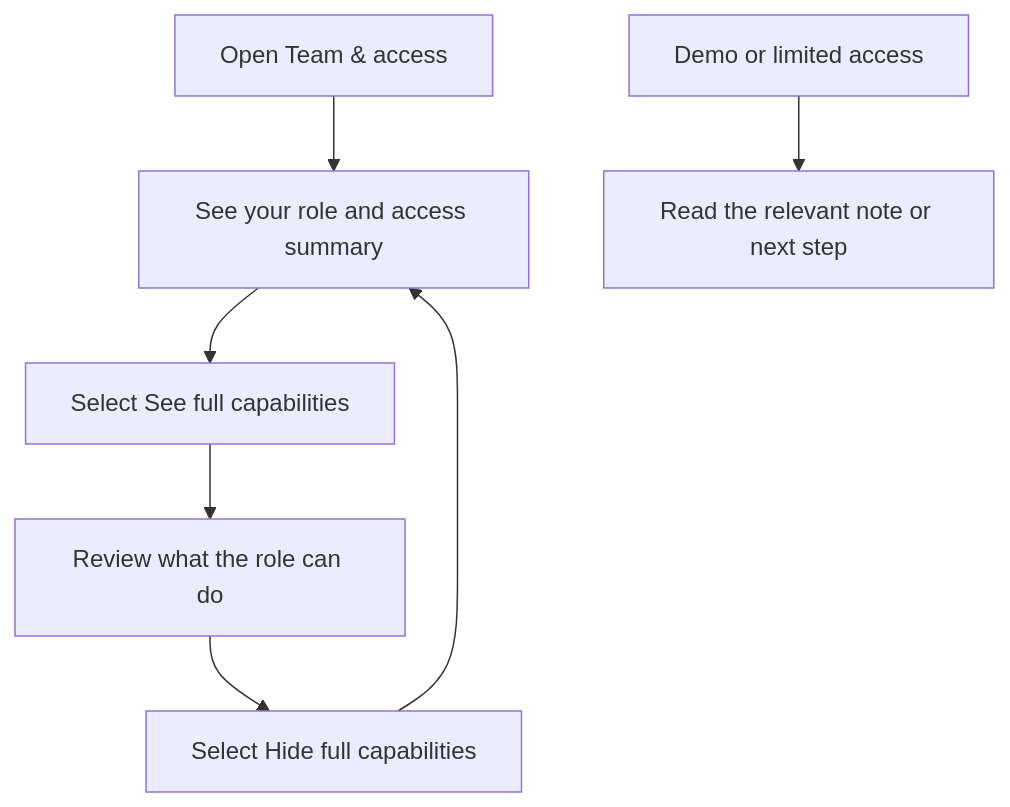
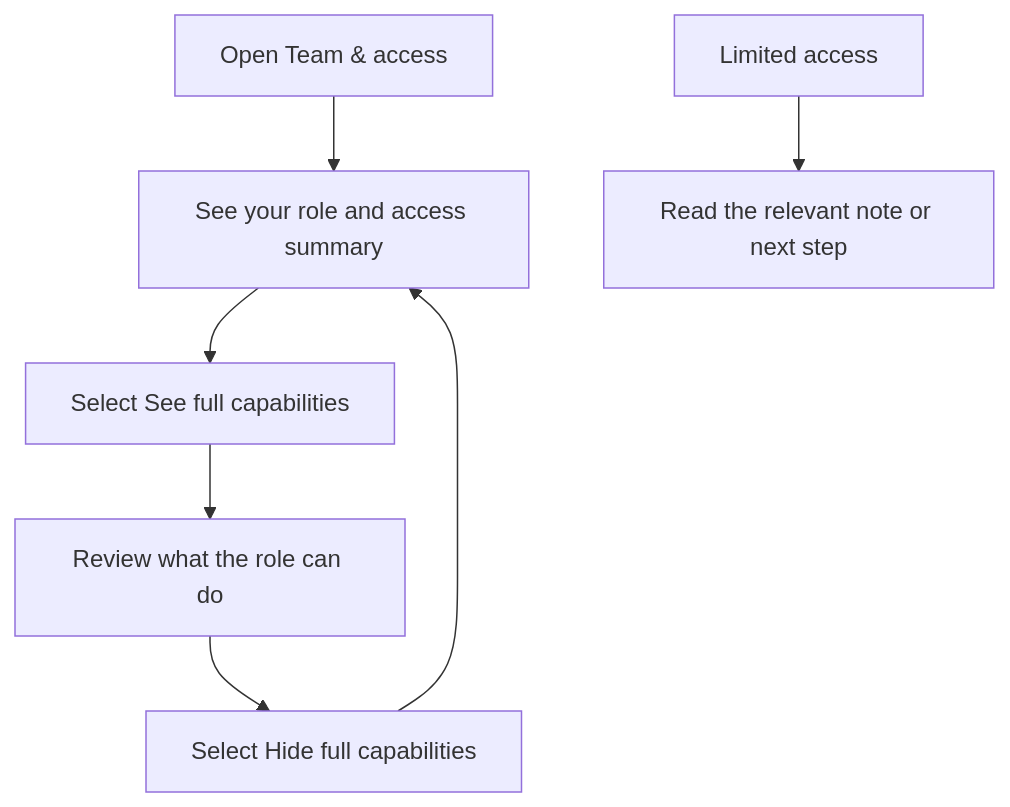
Before and after one commit to Kevinjohn/capacitylens: the first of 2 diagrams in user-stories/team/US-TEAM-01-check-access.md, drawn with Mermaid. The commit also changed other lines of this file and 343 other files, not shown here.

````diff
--- a/user-stories/team/US-TEAM-01-check-access.md
+++ b/user-stories/team/US-TEAM-01-check-access.md
@@ -20,9 +19,9 @@
 ```mermaid
 flowchart TD
     Open["Open Team & access"] --> Role["See your role and access summary"]
     Role --> Expand["Select See full capabilities"]
     Expand --> Review["Review what the role can do"]
     Review --> Hide["Select Hide full capabilities"]
     Hide --> Role
-    Other["Demo or limited access"] --> Note["Read the relevant note or next step"]
+    Other["Limited access"] --> Note["Read the relevant note or next step"]
 ```
````
